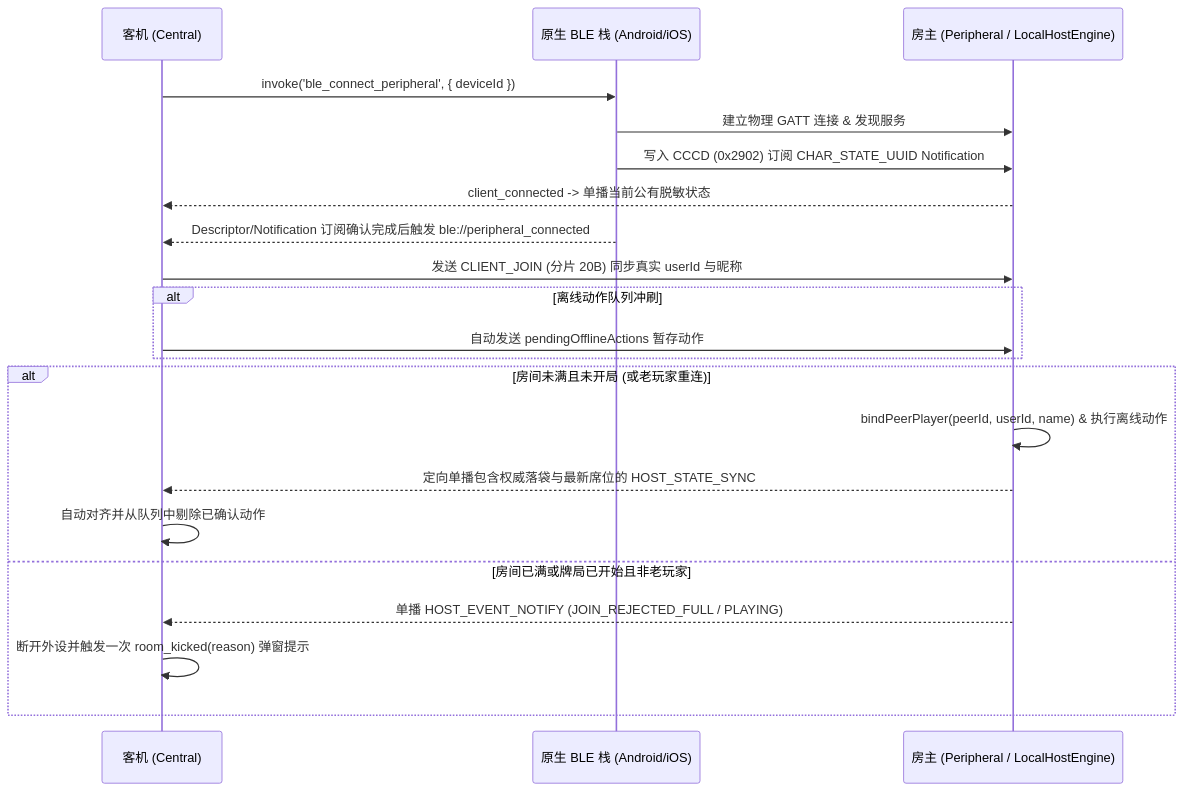
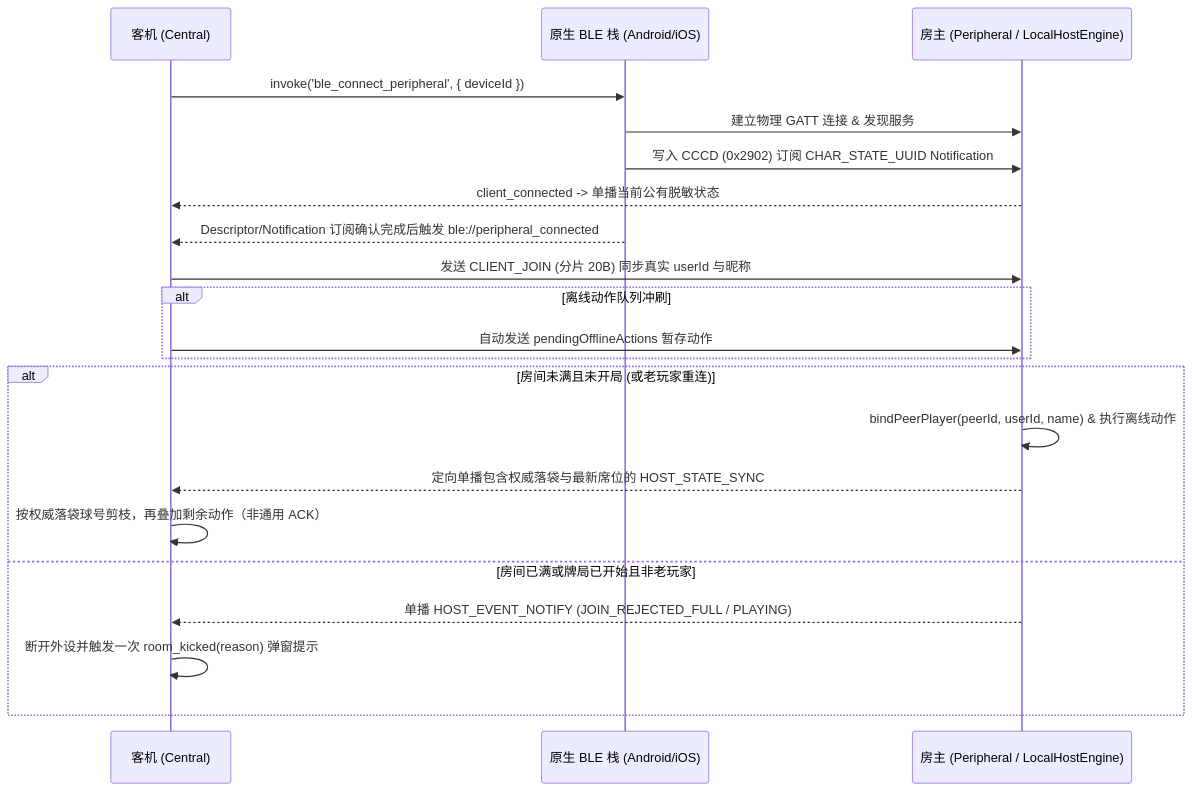
The diagram in docs/ble_offline_architecture.md (biubiubiiu/PoolPoker), drawn with Mermaid before and after one commit. The commit also changed other lines of this file, not shown here.

Commit message:
docs(ble): refine offline architecture with consistency models and implementation boundaries

````diff
--- a/docs/ble_offline_architecture.md
+++ b/docs/ble_offline_architecture.md
@@ -324,24 +452,24 @@
 ```mermaid
 sequenceDiagram
     participant Guest as 客机 (Central)
     participant Native as 原生 BLE 栈 (Android/iOS)
     participant Host as 房主 (Peripheral / LocalHostEngine)
 
     Guest->>Native: invoke('ble_connect_peripheral', { deviceId })
     Native->>Host: 建立物理 GATT 连接 & 发现服务
     Native->>Host: 写入 CCCD (0x2902) 订阅 CHAR_STATE_UUID Notification
     Host-->>Guest: client_connected -> 单播当前公有脱敏状态
     Native-->>Guest: Descriptor/Notification 订阅确认完成后触发 ble://peripheral_connected
     Guest->>Host: 发送 CLIENT_JOIN (分片 20B) 同步真实 userId 与昵称
     alt 离线动作队列冲刷
         Guest->>Host: 自动发送 pendingOfflineActions 暂存动作
     end
     alt 房间未满且未开局 (或老玩家重连)
         Host->>Host: bindPeerPlayer(peerId, userId, name) & 执行离线动作
         Host-->>Guest: 定向单播包含权威落袋与最新席位的 HOST_STATE_SYNC
-        Guest->>Guest: 自动对齐并从队列中剔除已确认动作
+        Guest->>Guest: 按权威落袋球号剪枝，再叠加剩余动作（非通用 ACK）
     else 房间已满或牌局已开始且非老玩家
         Host-->>Guest: 单播 HOST_EVENT_NOTIFY (JOIN_REJECTED_FULL / PLAYING)
         Guest->>Guest: 断开外设并触发一次 room_kicked(reason) 弹窗提示
     end
 ```
````
